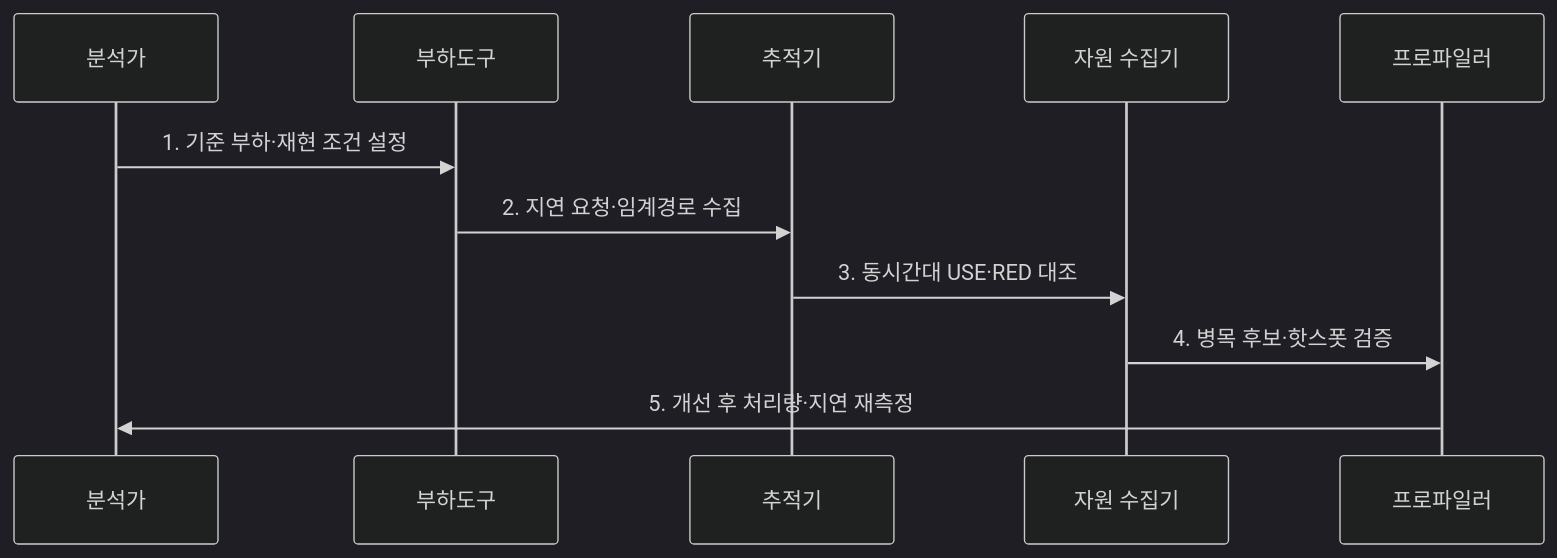
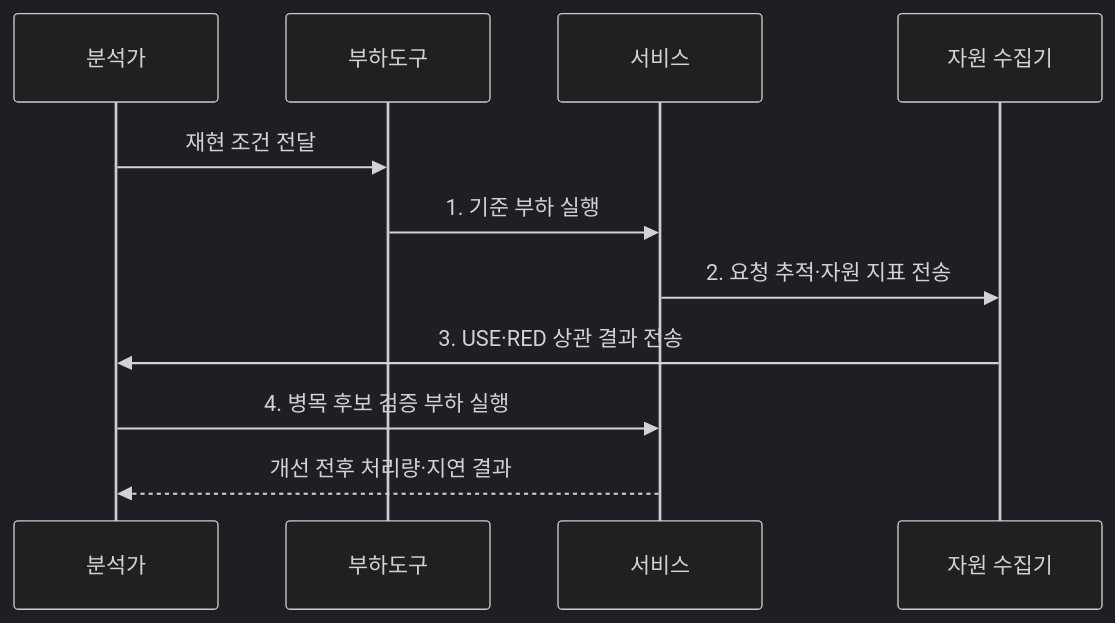
Before and after one commit to agnusdei1207/knowledge-base: the second of 2 diagrams in src/content/docs/notes/06-evaluation/002_bottleneck_analysis.md, drawn with Mermaid (dark theme). The commit also changed other lines of this file and 20 other files, not shown here.

````diff
--- a/src/content/docs/notes/06-evaluation/002_bottleneck_analysis.md
+++ b/src/content/docs/notes/06-evaluation/002_bottleneck_analysis.md
@@ -80,13 +80,13 @@
 ```mermaid
 sequenceDiagram
   participant A as 분석가
   participant L as 부하도구
-  participant T as 추적기
+  participant S as 서비스
   participant M as 자원 수집기
-  participant P as 프로파일러
-  A->>L: 1. 기준 부하·재현 조건 설정
-  L->>T: 2. 지연 요청·임계경로 수집
-  T->>M: 3. 동시간대 USE·RED 대조
-  M->>P: 4. 병목 후보·핫스폿 검증
-  P->>A: 5. 개선 후 처리량·지연 재측정
+  A->>L: 재현 조건 전달
+  L->>S: 1. 기준 부하 실행
+  S->>M: 2. 요청 추적·자원 지표 전송
+  M->>A: 3. USE·RED 상관 결과 전송
+  A->>S: 4. 병목 후보 검증 부하 실행
+  S-->>A: 개선 전후 처리량·지연 결과
 ```
````
